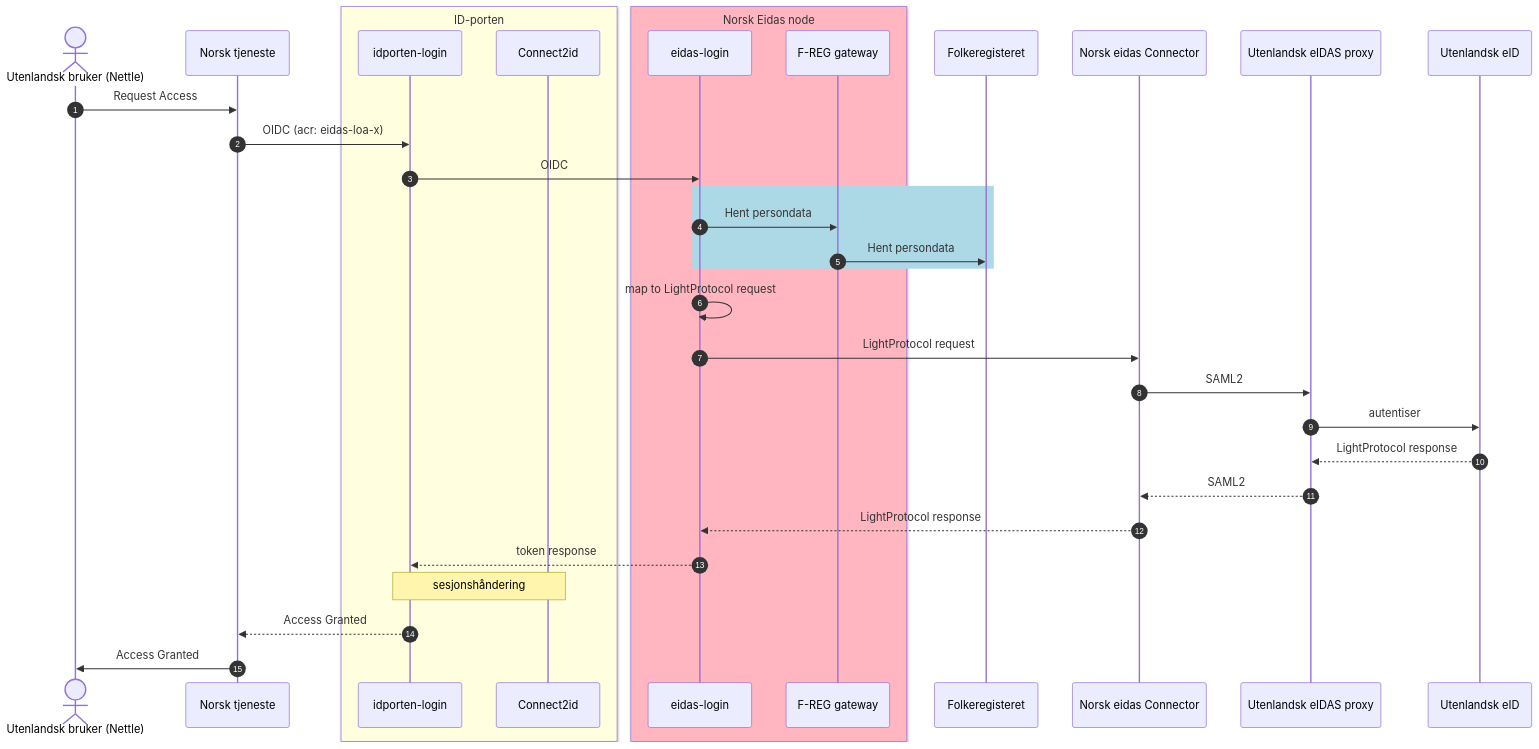
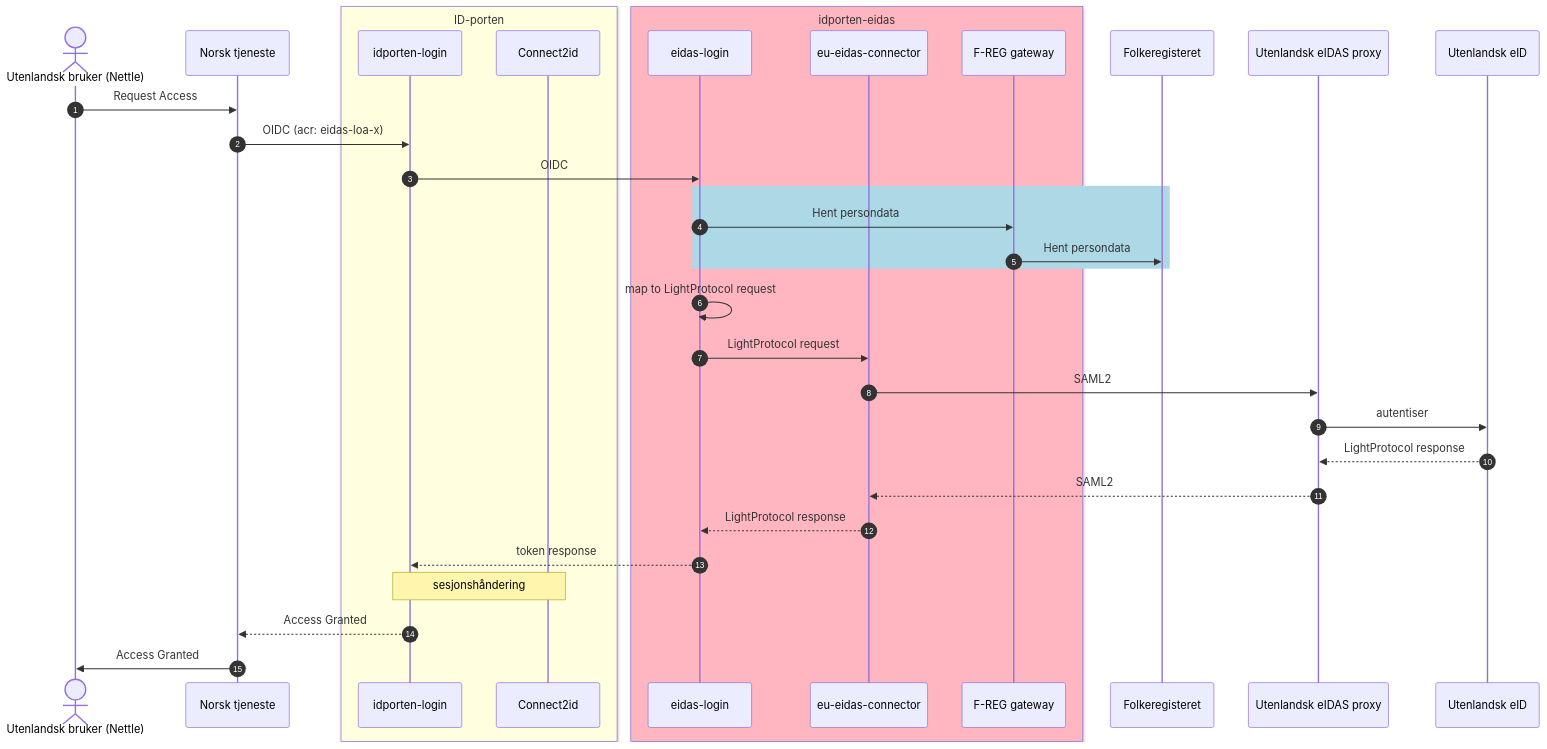
One commit to felleslosninger/eidas-demo-countries changed the second of 2 diagrams in README.md. Above: the diagram before and after it, drawn with Mermaid. The commit also changed other lines of this file, not shown here.

````diff
--- a/README.md
+++ b/README.md
@@ -43,37 +43,38 @@
 ```mermaid  
 sequenceDiagram
 autonumber
     actor User as Utenlandsk bruker (Nettle)
     participant SP as Norsk tjeneste
     box lightyellow ID-porten
     participant IL as idporten-login
     participant C2ID as Connect2id
     end
-    box lightpink Norsk Eidas node
+    box lightpink idporten-eidas
         participant EL as eidas-login
+        participant NEC as eu-eidas-connector
+
         participant FRGW as F-REG gateway
     end
     participant FR as Folkeregisteret
-    participant NEC as Norsk eidas Connector
     participant UPS as Utenlandsk eIDAS proxy
     participant IDP as Utenlandsk eID
 
     User->>SP: Request Access
     SP->>IL: OIDC (acr: eidas-loa-x)
     IL->>EL: OIDC
     rect lightblue
     EL->>FRGW: Hent persondata
     FRGW->>FR: Hent persondata
     end
     EL->>EL: map to LightProtocol request
     EL->>NEC: LightProtocol request
     NEC->>UPS: SAML2
     UPS->>IDP: autentiser
     IDP-->> UPS: LightProtocol response
     UPS-->>NEC: SAML2
     NEC-->>EL: LightProtocol response
     EL-->>IL: token response
     Note over IL,C2ID: sesjonshåndering
     IL-->>SP: Access Granted
     SP->>User: Access Granted
 ```    
````
